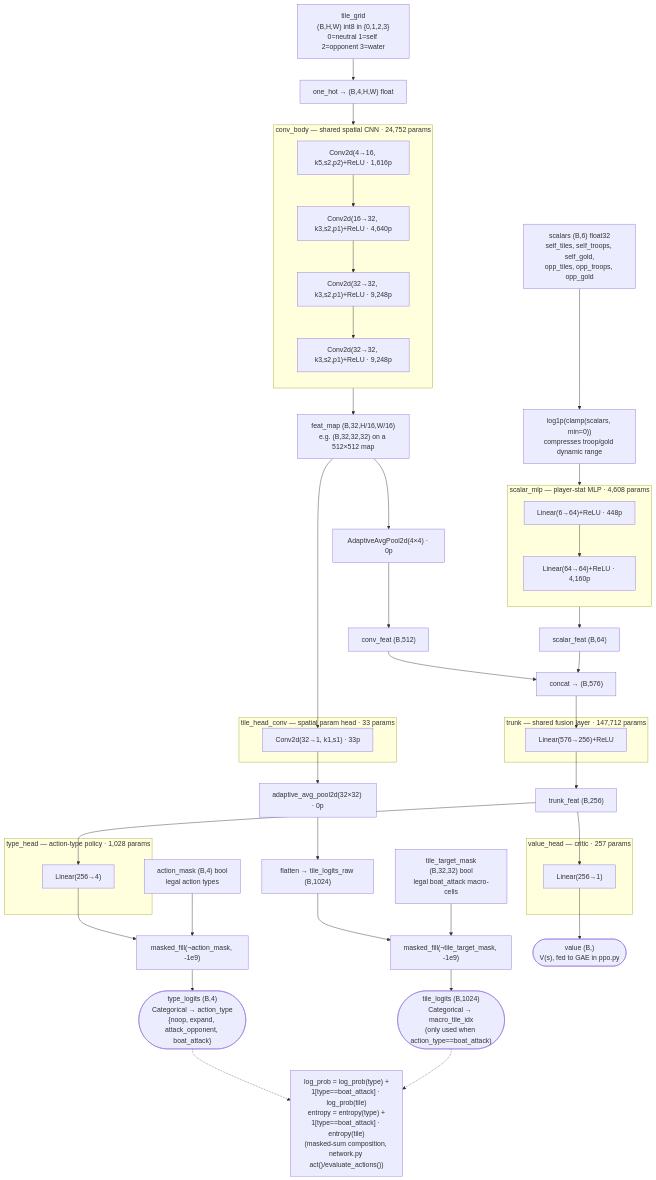
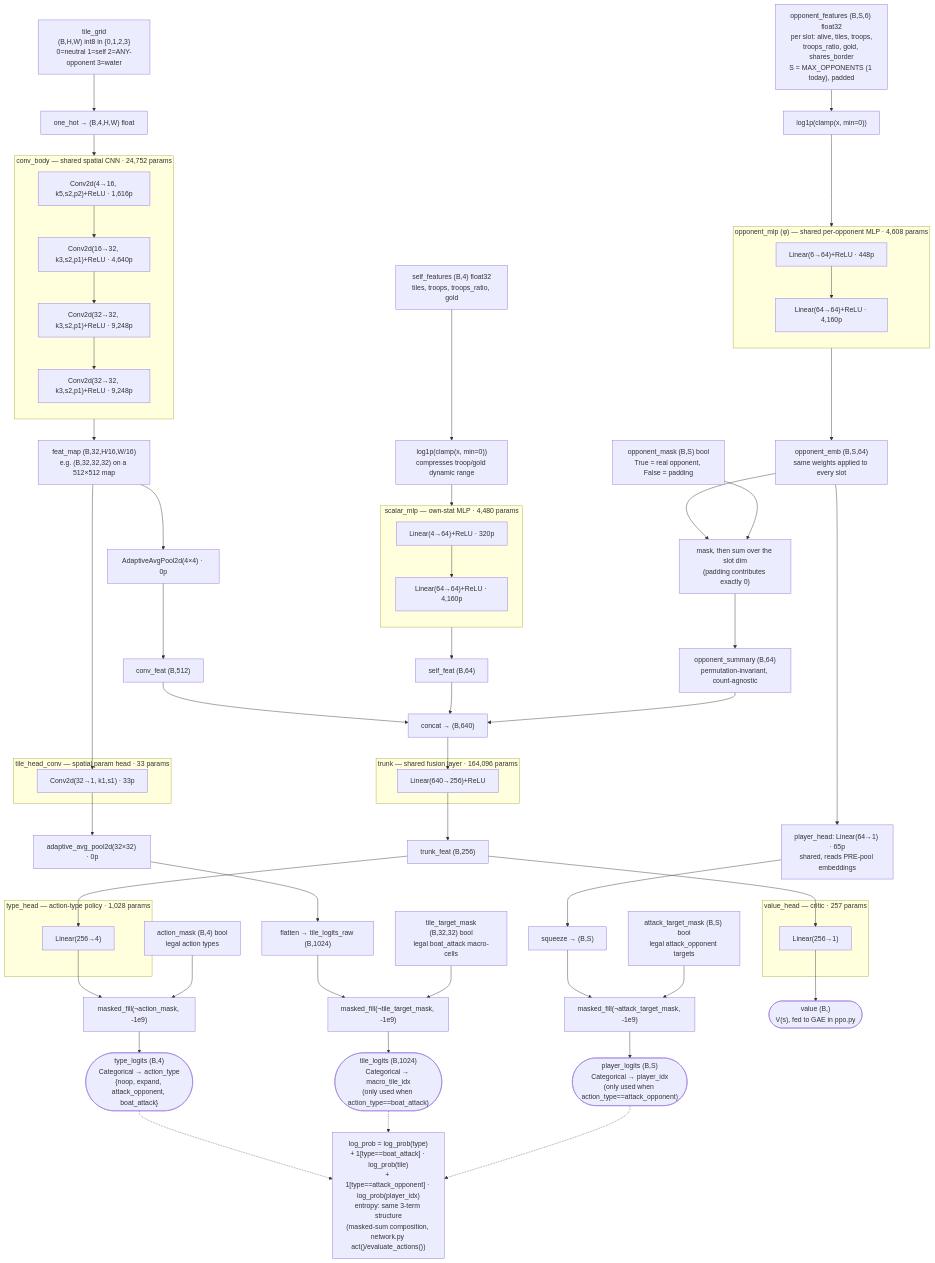
One commit to OwenKarmel/openfront-rl changed the diagram in README.md. Above: the diagram before and after it, drawn with Mermaid. The commit also changed other lines of this file and 12 other files, not shown here.

First line of the commit message:
Add variable-opponent-count architecture and fix winner detection

````diff
--- a/README.md
+++ b/README.md
@@ -81,7 +95,10 @@
 ```mermaid
 flowchart TD
-    TG["tile_grid<br/>(B,H,W) int8 in {0,1,2,3}<br/>0=neutral 1=self 2=opponent 3=water"]
-    SC["scalars (B,6) float32<br/>self_tiles, self_troops, self_gold,<br/>opp_tiles, opp_troops, opp_gold"]
+    TG["tile_grid<br/>(B,H,W) int8 in {0,1,2,3}<br/>0=neutral 1=self 2=ANY-opponent 3=water"]
+    SC["self_features (B,4) float32<br/>tiles, troops, troops_ratio, gold"]
+    OR["opponent_features (B,S,6) float32<br/>per slot: alive, tiles, troops,<br/>troops_ratio, gold, shares_border<br/>S = MAX_OPPONENTS (1 today), padded"]
+    OM["opponent_mask (B,S) bool<br/>True = real opponent, False = padding"]
+    ATM["attack_target_mask (B,S) bool<br/>legal attack_opponent targets"]
     TM["tile_target_mask<br/>(B,32,32) bool<br/>legal boat_attack macro-cells"]
     AM["action_mask (B,4) bool<br/>legal action types"]
 
@@ -111,21 +128,42 @@
     TM --> TMASKFILL
     TMASKFILL --> TILEOUT(["tile_logits (B,1024)<br/>Categorical → macro_tile_idx<br/>(only used when action_type==boat_attack)"])
 
-    SC --> LOG1P["log1p(clamp(scalars, min=0))<br/>compresses troop/gold dynamic range"]
-    subgraph SCALARMLP["scalar_mlp — player-stat MLP · 4,608 params"]
+    SC --> LOG1P["log1p(clamp(x, min=0))<br/>compresses troop/gold dynamic range"]
+    subgraph SCALARMLP["scalar_mlp — own-stat MLP · 4,480 params"]
         direction TB
-        S1["Linear(6→64)+ReLU · 448p"]
+        S1["Linear(4→64)+ReLU · 320p"]
         S2["Linear(64→64)+ReLU · 4,160p"]
         S1 --> S2
     end
     LOG1P --> S1
-    S2 --> SF["scalar_feat (B,64)"]
+    S2 --> SF["self_feat (B,64)"]
 
-    CF --> CAT["concat → (B,576)"]
+    OR --> LOG1PO["log1p(clamp(x, min=0))"]
+    subgraph PHI["opponent_mlp (φ) — shared per-opponent MLP · 4,608 params"]
+        direction TB
+        P1["Linear(6→64)+ReLU · 448p"]
+        P2["Linear(64→64)+ReLU · 4,160p"]
+        P1 --> P2
+    end
+    LOG1PO --> P1
+    P2 --> OEMB["opponent_emb (B,S,64)<br/>same weights applied to every slot"]
+
+    OEMB --> POOL2["mask, then sum over the slot dim<br/>(padding contributes exactly 0)"]
+    OM --> POOL2
+    POOL2 --> OSUM["opponent_summary (B,64)<br/>permutation-invariant, count-agnostic"]
+
+    OEMB --> PTR["player_head: Linear(64→1) · 65p<br/>shared, reads PRE-pool embeddings"]
+    PTR --> PTRSQ["squeeze → (B,S)"]
+    PTRSQ --> PTRMASK["masked_fill(¬attack_target_mask, -1e9)"]
+    ATM --> PTRMASK
+    PTRMASK --> PLAYEROUT(["player_logits (B,S)<br/>Categorical → player_idx<br/>(only used when action_type==attack_opponent)"])
+
+    CF --> CAT["concat → (B,640)"]
     SF --> CAT
+    OSUM --> CAT
 
-    subgraph TRUNKG["trunk — shared fusion layer · 147,712 params"]
-        T1["Linear(576→256)+ReLU"]
+    subgraph TRUNKG["trunk — shared fusion layer · 164,096 params"]
+        T1["Linear(640→256)+ReLU"]
     end
     CAT --> T1
     T1 --> TRF["trunk_feat (B,256)"]
@@ -144,6 +182,7 @@
     TRF --> V1
     V1 --> VALOUT(["value (B,)<br/>V(s), fed to GAE in ppo.py"])
 
-    TYPEOUT -.-> COMPOSE["log_prob = log_prob(type) +<br/>1[type==boat_attack] · log_prob(tile)<br/>entropy = entropy(type) +<br/>1[type==boat_attack] · entropy(tile)<br/>(masked-sum composition, network.py act()/evaluate_actions())"]
+    TYPEOUT -.-> COMPOSE["log_prob = log_prob(type)<br/>+ 1[type==boat_attack] · log_prob(tile)<br/>+ 1[type==attack_opponent] · log_prob(player_idx)<br/>entropy: same 3-term structure<br/>(masked-sum composition, network.py act()/evaluate_actions())"]
     TILEOUT -.-> COMPOSE
+    PLAYEROUT -.-> COMPOSE
 ```
````
